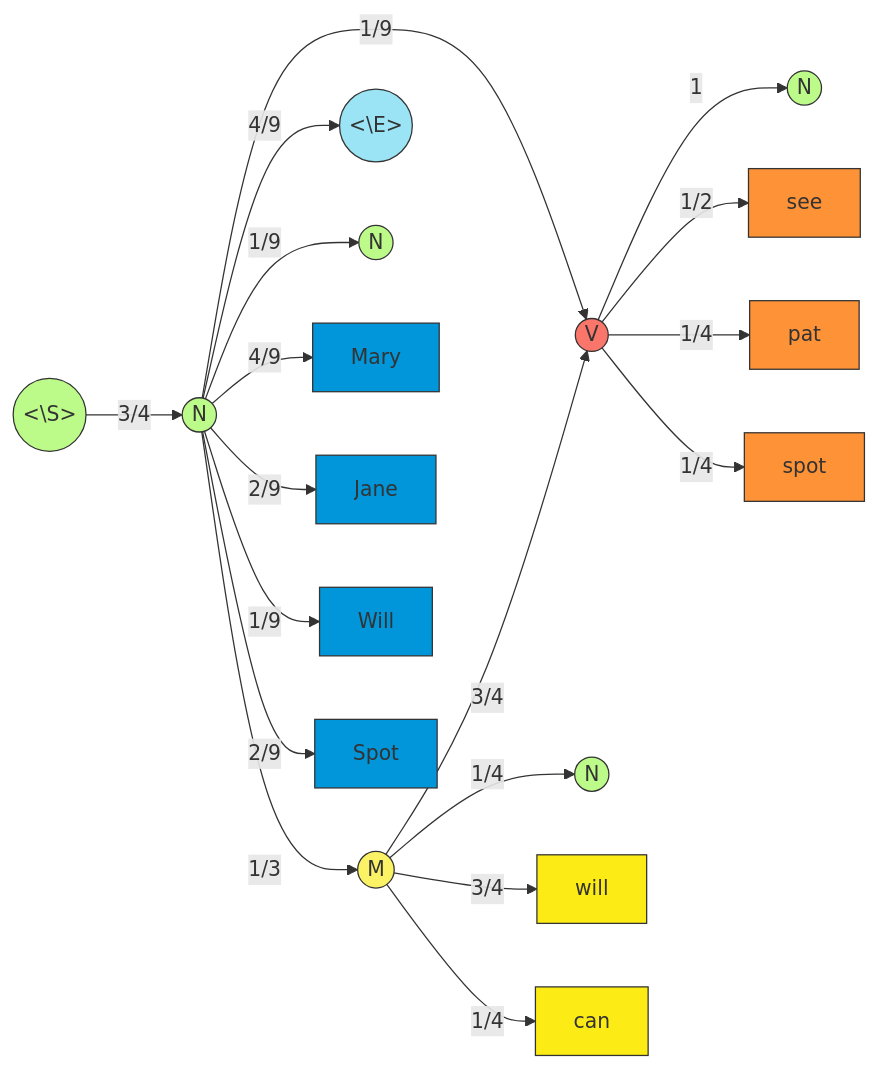
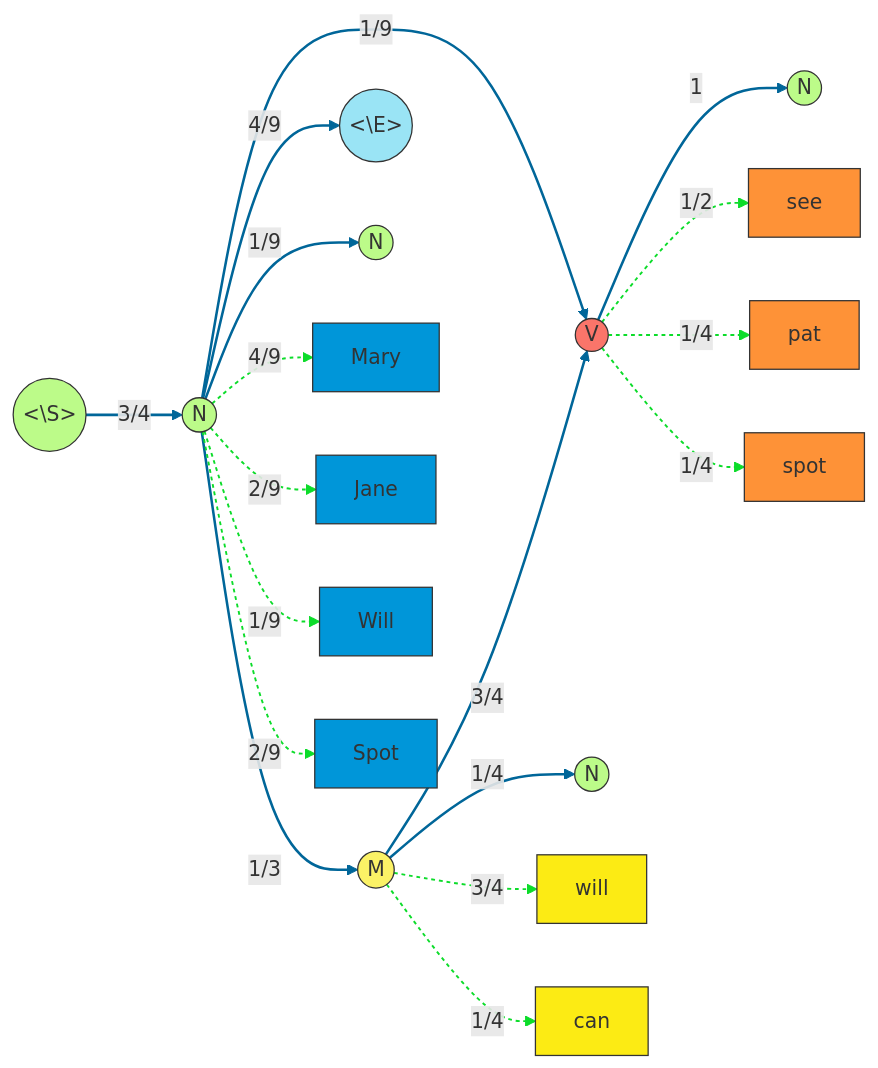
One commit to Chaklader/part-of-speech-tagging changed the sixth of 7 diagrams in C_5.md. Above: the diagram before and after it, drawn with Mermaid.

````diff
--- a/C_5.md
+++ b/C_5.md
@@ -378,47 +378,50 @@
 ```mermaid
 graph LR
     %% States
     Start(("<\S>"))
     N((N))
     M((M))
     V((V))
     End(("<\E>"))
     %% Transitions
     Start -->|"3/4"| N
     N -->|"1/3"| M
     N -->|"1/9"| V
     N -->|"4/9"| End
     N -->|"1/9"| N2((N))
     M -->|"1/4"| N3((N))
     M -->|"3/4"| V
     V -->|"1"| N4((N))
     %% Emissions
     N --> |"4/9"| Mary["Mary"]
     N --> |"2/9"| Jane["Jane"]
     N --> |"1/9"| Will1["Will"]
     N --> |"2/9"| Spot1["Spot"]
     M --> |"3/4"| Will2["will"]
     M --> |"1/4"| Can["can"]
     V --> |"1/2"| See["see"]
     V --> |"1/4"| Pat["pat"]
     V --> |"1/4"| Spot2["spot"]
 
     style Start fill:#BCFB89,stroke:#333,stroke-width:1px
     style N fill:#BCFB89,stroke:#333,stroke-width:1px
     style M fill:#FBF266,stroke:#333,stroke-width:1px
     style V fill:#FA756A,stroke:#333,stroke-width:1px
     style End fill:#9AE4F5,stroke:#333,stroke-width:1px
     style N2 fill:#BCFB89,stroke:#333,stroke-width:1px
     style N3 fill:#BCFB89,stroke:#333,stroke-width:1px
     style N4 fill:#BCFB89,stroke:#333,stroke-width:1px
-
     style Mary fill:#0096D9,stroke:#333,stroke-width:1px
     style Jane fill:#0096D9,stroke:#333,stroke-width:1px
     style Will1 fill:#0096D9,stroke:#333,stroke-width:1px
     style Spot1 fill:#0096D9,stroke:#333,stroke-width:1px
     style Will2 fill:#FCEB14,stroke:#333,stroke-width:1px
     style Can fill:#FCEB14,stroke:#333,stroke-width:1px
     style See fill:#FE9237,stroke:#333,stroke-width:1px
     style Pat fill:#FE9237,stroke:#333,stroke-width:1px
     style Spot2 fill:#FE9237,stroke:#333,stroke-width:1px
+
+    %% Link styles
+    linkStyle 0,1,2,3,4,5,6,7 stroke:#006699,stroke-width:2px
+    linkStyle 8,9,10,11,12,13,14,15,16 stroke:#0CDC2A,stroke-width:1.5px,stroke-dasharray:3
 ```
````
